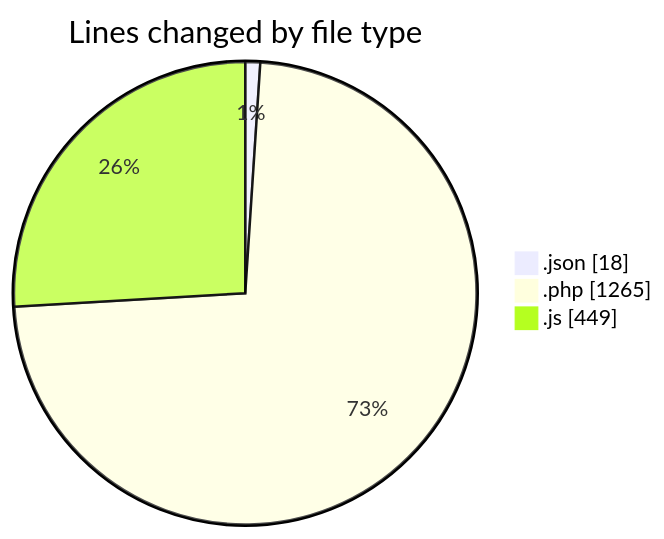
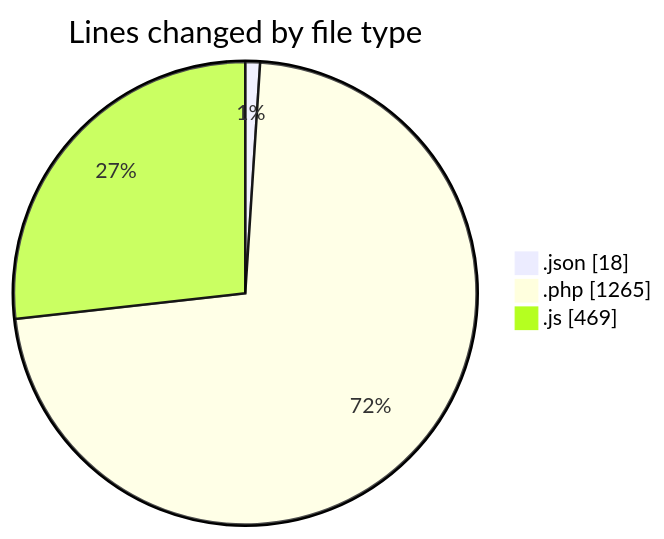
Before and after one commit to debugP/code-tracking: the first of 2 diagrams in 2025-09-26/untitled__workspace_/README.md, drawn with Mermaid. The commit also changed other lines of this file and 1 other file, not shown here.

````diff
--- a/2025-09-26/untitled__workspace_/README.md
+++ b/2025-09-26/untitled__workspace_/README.md
@@ -24,7 +24,7 @@
 ```mermaid
 pie showData
 title Lines changed by file type
 ".json" : 18
 ".php" : 1265
-".js" : 449
+".js" : 469
 ```
````
